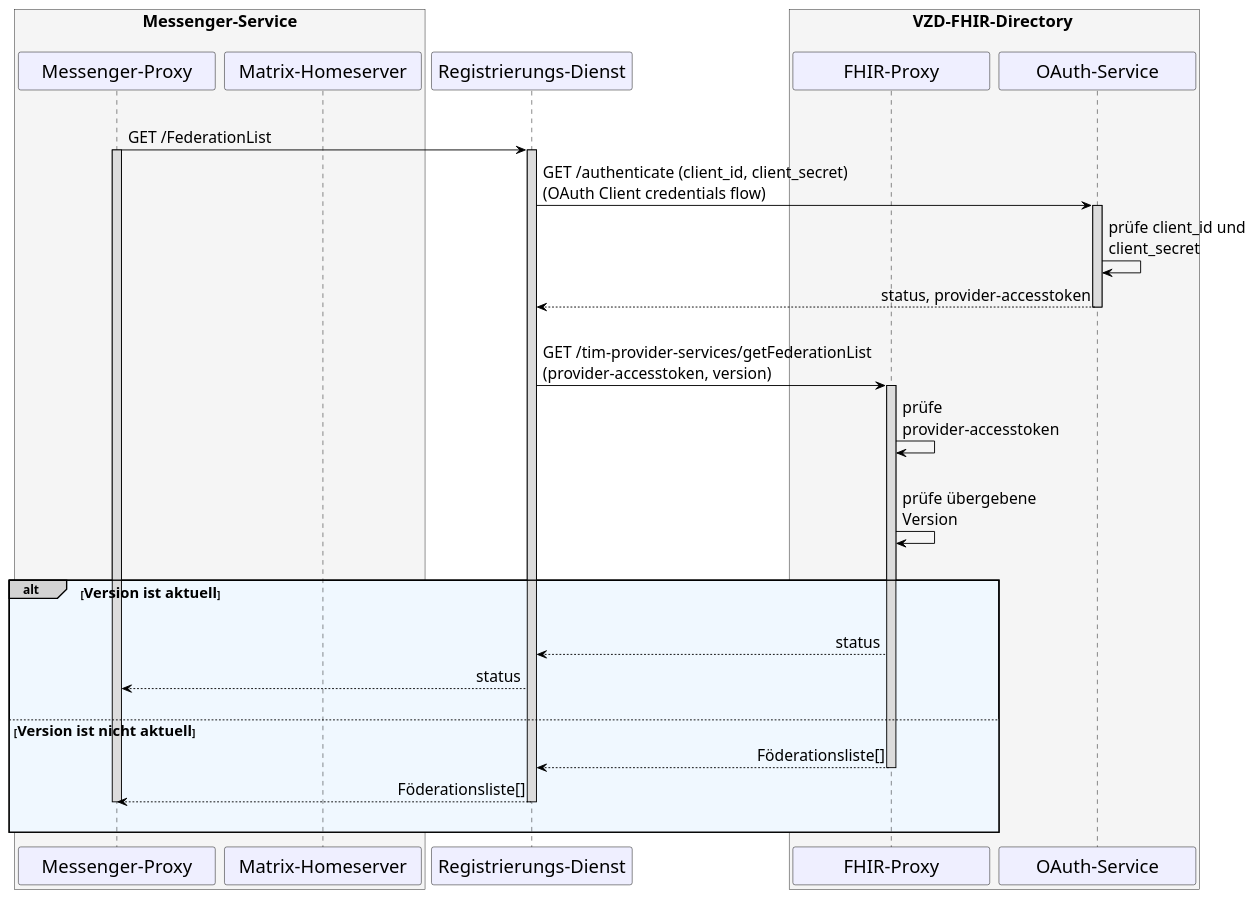
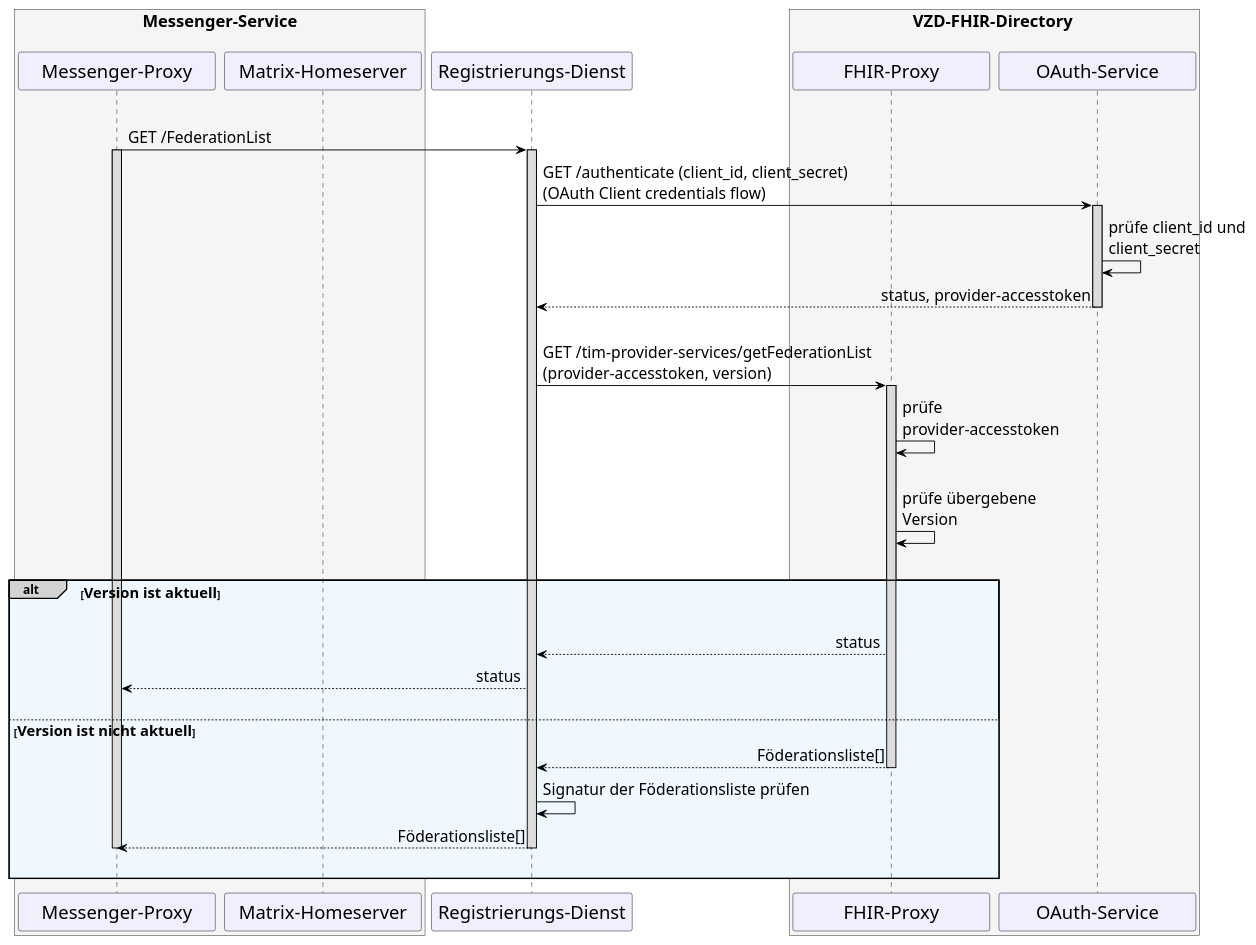
The diagram in src/plantuml/TI-Messenger-Dienst/Ressourcen/UC_Update_Federationlist_Seq.puml (gematik/api-ti-messenger), drawn with PlantUML before and after one commit.

```diff
--- a/src/plantuml/TI-Messenger-Dienst/Ressourcen/UC_Update_Federationlist_Seq.puml
+++ b/src/plantuml/TI-Messenger-Dienst/Ressourcen/UC_Update_Federationlist_Seq.puml
@@ -9,72 +9,73 @@
 @startuml
 skinparam sequenceMessageAlign direction
 skinparam minClassWidth 200
 skinparam BoxPadding 1
 skinparam sequenceReferenceHeaderBackgroundColor palegreen
 scale max 2048 width
 
 skinparam sequence {
 ArrowColor black
 ArrowFontSize 17
 ActorBorderColor black
 LifeLineBorderColor black
 LifeLineBackgroundColor Gainsboro
 
 ParticipantBorderColor Motivation
 ParticipantBackgroundColor Motivation
 ParticipantFontName Impact
 ParticipantFontSize 20
 ParticipantFontColor black
 ParticipantBorderColor Black
 ParticipantBackgroundColor MOTIVATION
 
 ActorBackgroundColor Gainsboro
 ActorFontColor black
 ActorFontSize 20
 ActorFontName Aapex
 }
     box <size:18>Messenger-Service\n #WhiteSmoke
     participant MP as "Messenger-Proxy"
     participant MH as "Matrix-Homeserver"
     end box
     participant RD as "Registrierungs-Dienst"
     box <size:18>VZD-FHIR-Directory</size> #WhiteSmoke
       participant FP as "FHIR-Proxy"
       participant AS as "OAuth-Service"
     end box
 
   |||
   MP->RD: GET /FederationList 
     Activate MP
     Activate RD
 
   RD->AS: GET /authenticate (client_id, client_secret) \n(OAuth Client credentials flow)
     Activate AS
   AS->AS: prüfe client_id und \nclient_secret
   AS-->RD: status, provider-accesstoken 
     Deactivate AS  
 
   |||
   RD->FP: GET /tim-provider-services/getFederationList \n(provider-accesstoken, version)
     Activate FP
   FP->FP: prüfe \nprovider-accesstoken
   |||
   FP->FP: prüfe übergebene \nVersion
 
 |||
 alt#LightGrey #AliceBlue <size:16>Version ist aktuell</size>
 |||    
 
     FP-->RD: status
     RD-->MP: status
     |||
     
     else <size:16>Version ist nicht aktuell</size>
        FP-->RD: Föderationsliste[]
         Deactivate FP
+       RD->RD: Signatur der Föderationsliste prüfen
       RD-->MP: Föderationsliste[]
         Deactivate RD
         deactivate MP
     |||
 end
 @enduml
```
